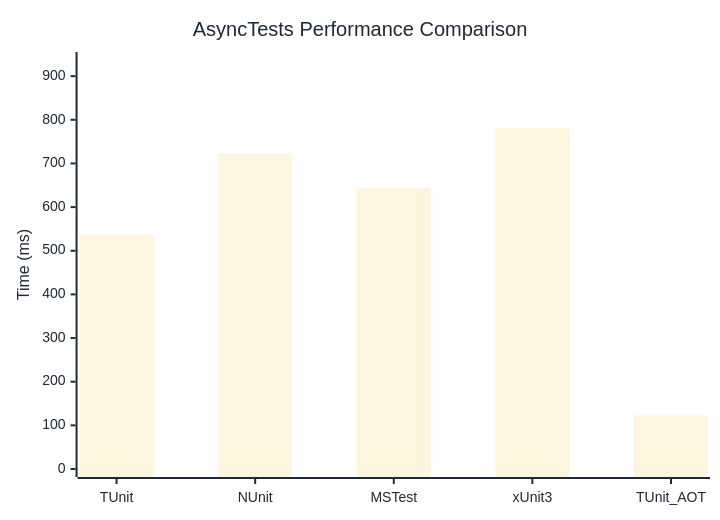
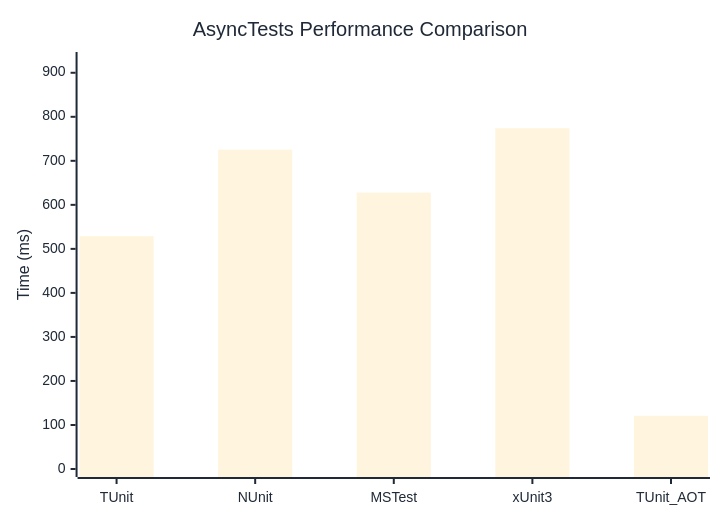
One commit to thomhurst/TUnit changed the diagram in docs/docs/benchmarks/AsyncTests.md. Above: the diagram before and after it, drawn with Mermaid. The commit also changed other lines of this file and 17 other files, not shown here.

````diff
--- a/docs/docs/benchmarks/AsyncTests.md
+++ b/docs/docs/benchmarks/AsyncTests.md
@@ -27,37 +27,37 @@
 ```mermaid
 %%{init: {
   'theme':'base',
   'themeVariables': {
     'primaryColor': '#2563eb',
     'primaryTextColor': '#1f2937',
     'primaryBorderColor': '#1e40af',
     'lineColor': '#6b7280',
     'secondaryColor': '#7c3aed',
     'tertiaryColor': '#dc2626',
     'background': '#ffffff',
     'mainBkg': '#2563eb',
     'secondBkg': '#7c3aed',
     'tertiaryBkg': '#dc2626',
     'clusterBkg': '#f3f4f6',
     'edgeLabelBackground': '#ffffff',
     'tertiaryTextColor': '#1f2937',
     'pie1': '#2563eb',
     'pie2': '#7c3aed',
     'pie3': '#dc2626',
     'pie4': '#f59e0b',
     'pie5': '#10b981',
     'pie6': '#06b6d4',
     'pie7': '#ec4899',
     'pie8': '#6366f1',
     'pie9': '#84cc16',
     'pie10': '#f97316',
     'pie11': '#14b8a6',
     'pie12': '#a855f7'
   }
 }}%%
 xychart-beta
   title "AsyncTests Performance Comparison"
   x-axis ["TUnit", "NUnit", "MSTest", "xUnit3", "TUnit_AOT"]
-  y-axis "Time (ms)" 0 --> 937
-  bar [537, 723, 642.5, 780.5, 122.7]
+  y-axis "Time (ms)" 0 --> 929
+  bar [528.7, 725.3, 627.7, 774.1, 120.9]
 ```
````
